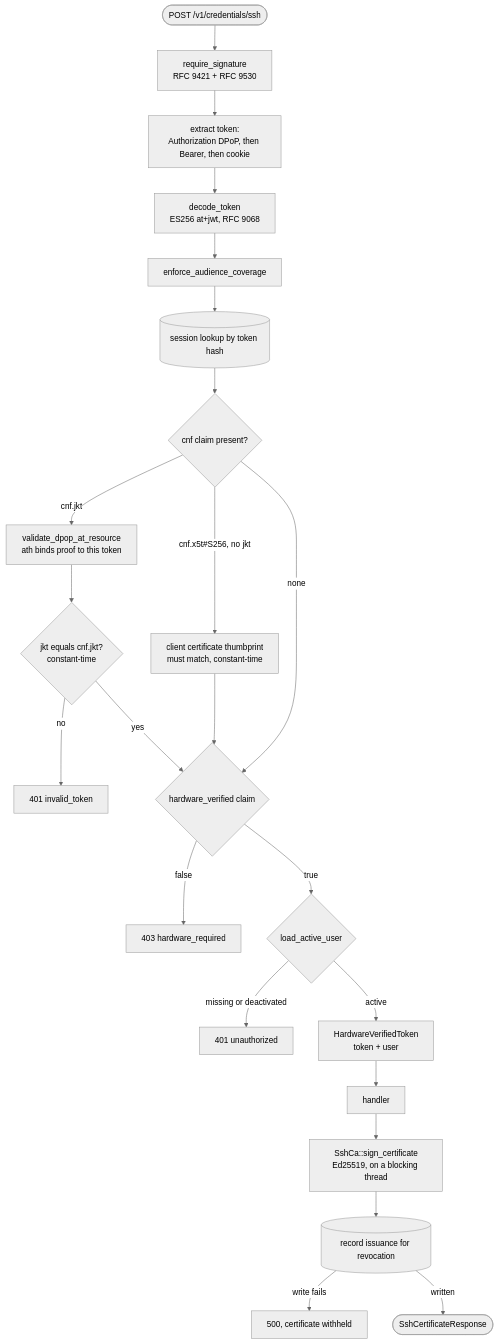
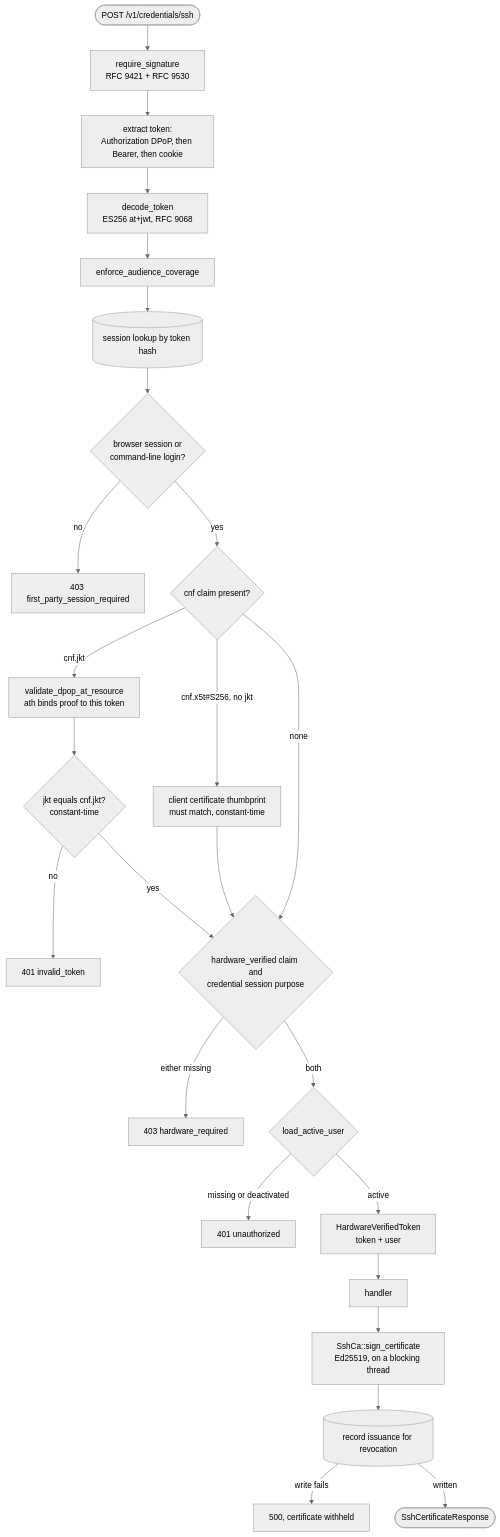
Before and after one commit to vouch-sh/vouch: the seventh of 8 diagrams in crates/vouch-server/ARCHITECTURE.md, drawn with Mermaid (neutral theme). The commit also changed other lines of this file and 21 other files, not shown here.

````diff
--- a/crates/vouch-server/ARCHITECTURE.md
+++ b/crates/vouch-server/ARCHITECTURE.md
@@ -455,25 +470,27 @@
 ```mermaid
 flowchart TB
   req(["POST /v1/credentials/ssh"]) --> sig["require_signature<br/>RFC 9421 + RFC 9530"]
   sig --> e1["extract token:<br/>Authorization DPoP, then Bearer, then cookie"]
   e1 --> e2["decode_token<br/>ES256 at+jwt, RFC 9068"]
   e2 --> e3["enforce_audience_coverage"]
   e3 --> e4[("session lookup by token hash")]
-  e4 --> bind{"cnf claim present?"}
+  e4 --> fp{"browser session or<br/>command-line login?"}
+  fp -- "no" --> r403a["403 first_party_session_required"]
+  fp -- "yes" --> bind{"cnf claim present?"}
   bind -- "cnf.jkt" --> dpop["validate_dpop_at_resource<br/>ath binds proof to this token"]
   dpop --> jkt{"jkt equals cnf.jkt?<br/>constant-time"}
   jkt -- "no" --> r401["401 invalid_token"]
   bind -- "cnf.x5t#S256, no jkt" --> mtls["client certificate thumbprint<br/>must match, constant-time"]
   mtls --> hw
   jkt -- "yes" --> hw
   bind -- "none" --> hw
-  hw{"hardware_verified claim"} -- "false" --> r403["403 hardware_required"]
-  hw -- "true" --> active{"load_active_user"}
+  hw{"hardware_verified claim and<br/>credential session purpose"} -- "either missing" --> r403["403 hardware_required"]
+  hw -- "both" --> active{"load_active_user"}
   active -- "missing or deactivated" --> r401u["401 unauthorized"]
   active -- "active" --> tokty["HardwareVerifiedToken<br/>token + user"]
   tokty --> h["handler"]
   h --> ssh["SshCa::sign_certificate<br/>Ed25519, on a blocking thread"]
   ssh --> rec[("record issuance for revocation")]
   rec -- "write fails" --> r500["500, certificate withheld"]
   rec -- "written" --> resp(["SshCertificateResponse"])
 ```
````
